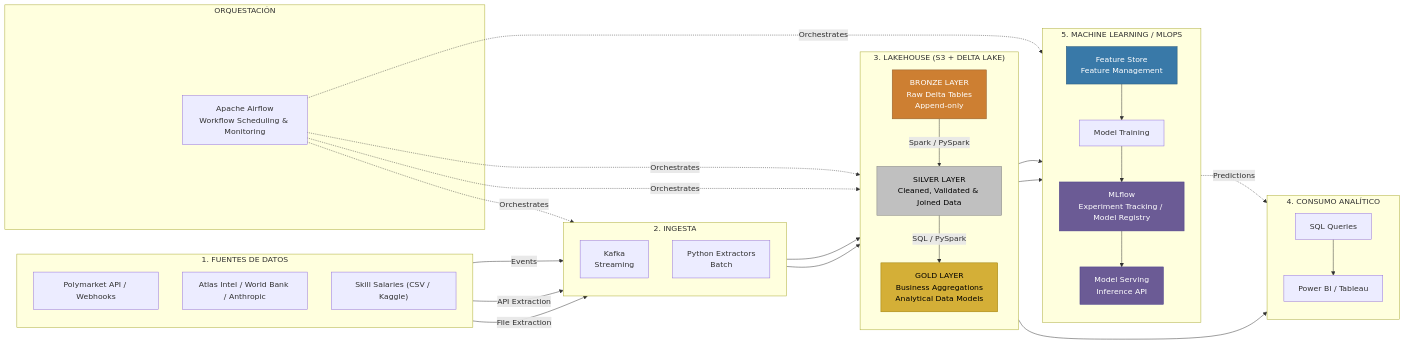
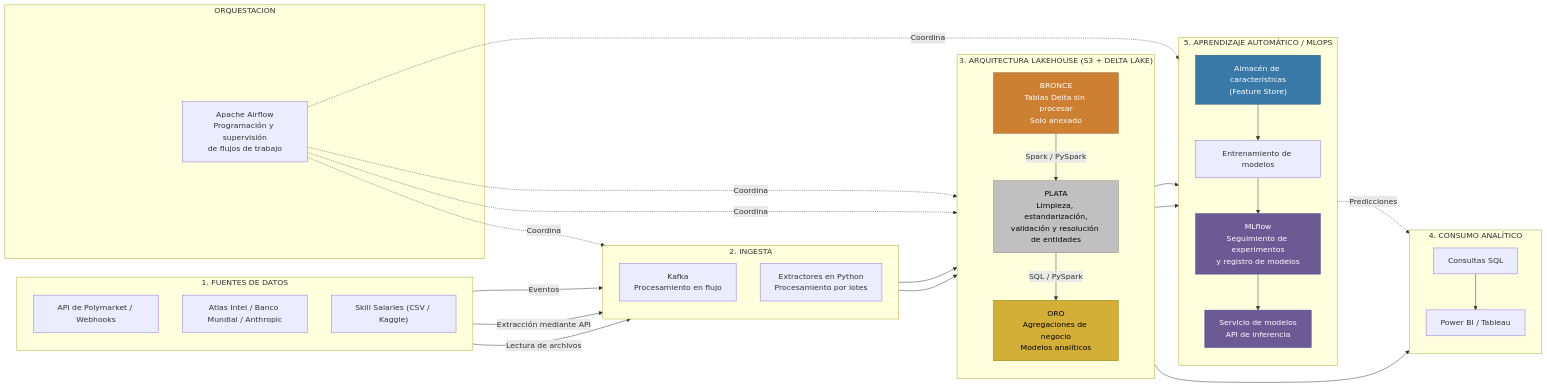
The first of 3 diagrams in tp-final/README.md (santysj/GVD-ITBA-2026), drawn with Mermaid before and after one commit. The commit also changed other lines of this file, not shown here.

Commit message:
Update README.md
Correcciones + prueba de mermaid en 6. Wip

````diff
--- a/tp-final/README.md
+++ b/tp-final/README.md
@@ -88,75 +88,75 @@
 ```mermaid
 flowchart LR
 
     subgraph FUENTES["1. FUENTES DE DATOS"]
         direction TB
-        P["Polymarket API / Webhooks"]
-        A["Atlas Intel / World Bank / Anthropic"]
+        P["API de Polymarket / Webhooks"]
+        A["Atlas Intel / Banco Mundial / Anthropic"]
         S["Skill Salaries (CSV / Kaggle)"]
     end
 
     subgraph INGESTA["2. INGESTA"]
         direction TB
-        K["Kafka<br/>Streaming"]
-        E["Python Extractors<br/>Batch"]
+        K["Kafka<br/>Procesamiento en flujo"]
+        E["Extractores en Python<br/>Procesamiento por lotes"]
     end
 
-    subgraph LAKE["3. LAKEHOUSE (S3 + DELTA LAKE)"]
+    subgraph LAKE["3. ARQUITECTURA LAKEHOUSE (S3 + DELTA LAKE)"]
         direction TB
-        B["BRONZE LAYER<br/>Raw Delta Tables<br/>Append-only"]
-        SI["SILVER LAYER<br/>Cleaned, Validated & Joined Data"]
-        G["GOLD LAYER<br/>Business Aggregations<br/>Analytical Data Models"]
+        B["BRONCE<br/>Tablas Delta sin procesar<br/>Solo anexado"]
+        SI["PLATA<br/>Limpieza, estandarización,<br/>validación y resolución de entidades"]
+        G["ORO<br/>Agregaciones de negocio<br/>Modelos analíticos"]
 
         B -->|"Spark / PySpark"| SI
         SI -->|"SQL / PySpark"| G
     end
 
     subgraph BI["4. CONSUMO ANALÍTICO"]
         direction TB
-        SQL["SQL Queries"]
+        SQL["Consultas SQL"]
         POWER["Power BI / Tableau"]
         SQL --> POWER
     end
 
-    subgraph MLOPS["5. MACHINE LEARNING / MLOPS"]
+    subgraph MLOPS["5. APRENDIZAJE AUTOMÁTICO / MLOPS"]
         direction TB
-        FS["Feature Store<br/>Feature Management"]
-        TRAIN["Model Training"]
-        MLF["MLflow<br/>Experiment Tracking / Model Registry"]
-        SERVE["Model Serving<br/>Inference API"]
+        FS["Almacén de características<br/>(Feature Store)"]
+        TRAIN["Entrenamiento de modelos"]
+        MLF["MLflow<br/>Seguimiento de experimentos<br/>y registro de modelos"]
+        SERVE["Servicio de modelos<br/>API de inferencia"]
 
         FS --> TRAIN
         TRAIN --> MLF
         MLF --> SERVE
     end
 
     subgraph ORQ["ORQUESTACIÓN"]
-        AF["Apache Airflow<br/>Workflow Scheduling & Monitoring"]
+        AF["Apache Airflow<br/>Programación y supervisión<br/>de flujos de trabajo"]
     end
 
-    P -->|"Events"| K
-    A -->|"API Extraction"| E
-    S -->|"File Extraction"| E
+    P -->|"Eventos"| K
+    A -->|"Extracción mediante API"| E
+    S -->|"Lectura de archivos"| E
 
     K --> B
     E --> B
 
     G --> SQL
 
     SI --> FS
     G --> FS
 
-    SERVE -.->|"Predictions"| POWER
+    SERVE -.->|"Predicciones"| POWER
 
-    AF -.->|"Orchestrates"| E
-    AF -.->|"Orchestrates"| SI
-    AF -.->|"Orchestrates"| G
-    AF -.->|"Orchestrates"| TRAIN
+    AF -.->|"Coordina"| E
+    AF -.->|"Coordina"| SI
+    AF -.->|"Coordina"| G
+    AF -.->|"Coordina"| TRAIN
 
     style B fill:#cd7f32,color:#fff,stroke:#8b5a2b
     style SI fill:#c0c0c0,color:#000,stroke:#808080
     style G fill:#d4af37,color:#000,stroke:#997a00
     style FS fill:#3979a8,color:#fff,stroke:#245477
     style MLF fill:#6b5b95,color:#fff,stroke:#483d8b
     style SERVE fill:#6b5b95,color:#fff,stroke:#483d8b
 ```
````
